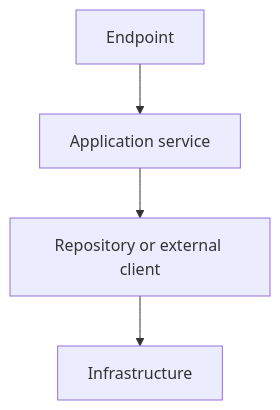
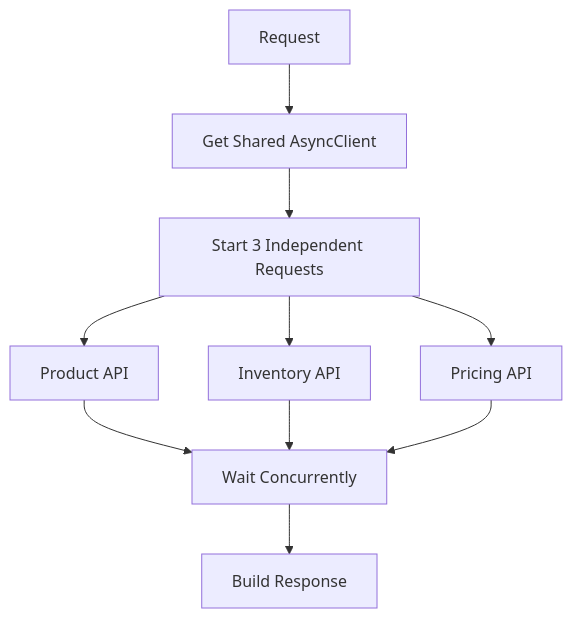
The eighth of 8 diagrams in src/content/fastapi/async-endpoints.md (AvadhBhalodiya/Interview-Preparation), drawn with Mermaid before and after one commit. The commit also changed other lines of this file and 80 other files, not shown here.

````diff
--- a/src/content/fastapi/async-endpoints.md
+++ b/src/content/fastapi/async-endpoints.md
@@ -1099,6 +563,12 @@
 ```mermaid
 flowchart TD
-    E[Endpoint] --> S[Application service]
-    S --> R[Repository or external client]
-    R --> I[Infrastructure]
+    A[Request] --> B[Get Shared AsyncClient]
+    B --> C[Start 3 Independent Requests]
+    C --> D1[Product API]
+    C --> D2[Inventory API]
+    C --> D3[Pricing API]
+    D1 --> E[Wait Concurrently]
+    D2 --> E
+    D3 --> E
+    E --> F[Build Response]
 ```
````
